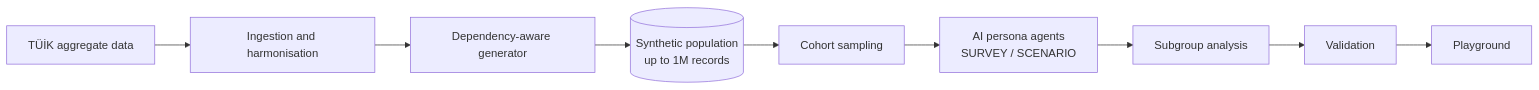
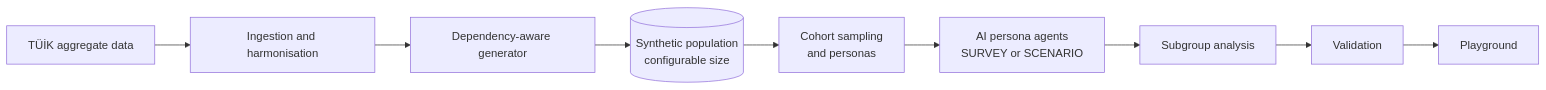
One commit to Samotic/AI-powered-digital-society-twin changed the diagram in README.md. Above: the diagram before and after it, drawn with Mermaid. The commit also changed other lines of this file and 12 other files, not shown here.

First line of the commit message:
docs: refine SocietyTwin v2 architecture and scale assumptions

````diff
--- a/README.md
+++ b/README.md
@@ -32,11 +43,11 @@
 ```mermaid
 flowchart LR
     A["TÜİK aggregate data"] --> B["Ingestion and harmonisation"]
     B --> C["Dependency-aware generator"]
-    C --> D[("Synthetic population<br/>up to 1M records")]
-    D --> E["Cohort sampling"]
-    E --> F["AI persona agents<br/>SURVEY / SCENARIO"]
+    C --> D[("Synthetic population<br/>configurable size")]
+    D --> E["Cohort sampling<br/>and personas"]
+    E --> F["AI persona agents<br/>SURVEY or SCENARIO"]
     F --> G["Subgroup analysis"]
     G --> H["Validation"]
     H --> I["Playground"]
 ```
````
